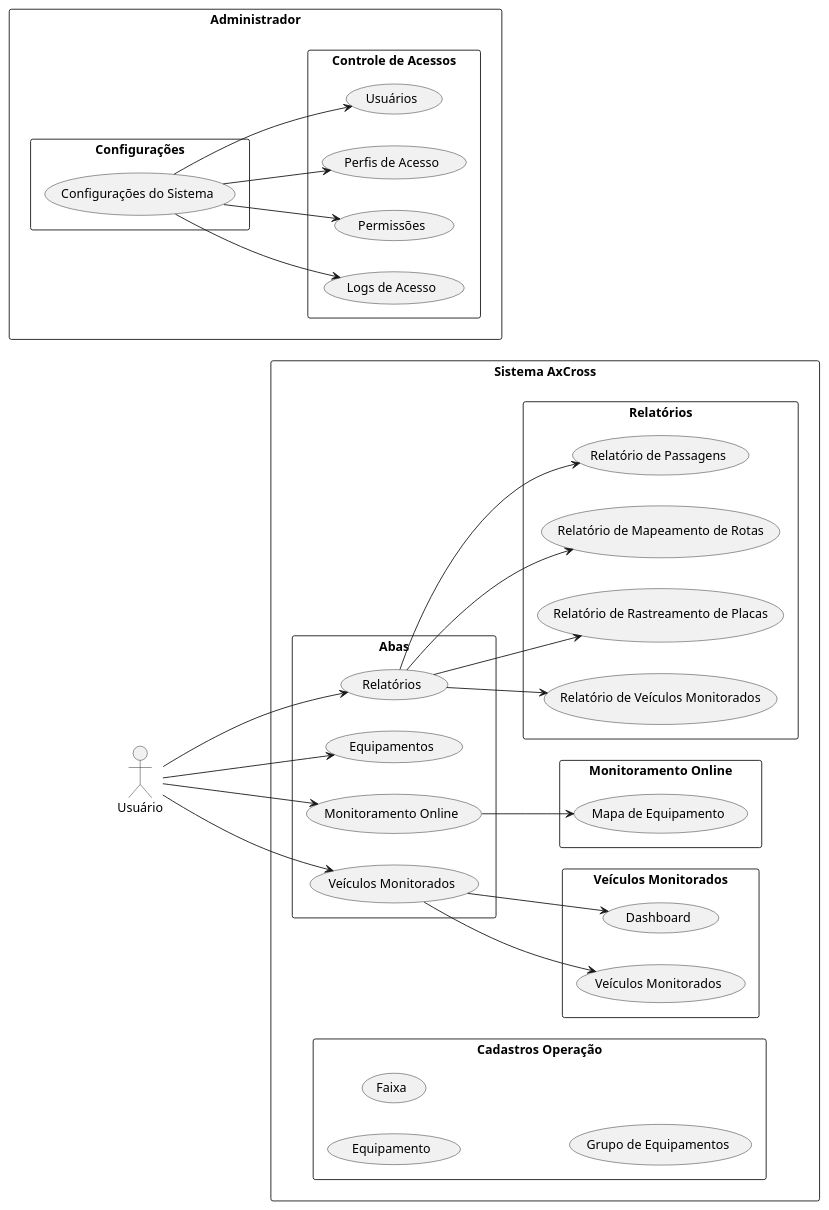
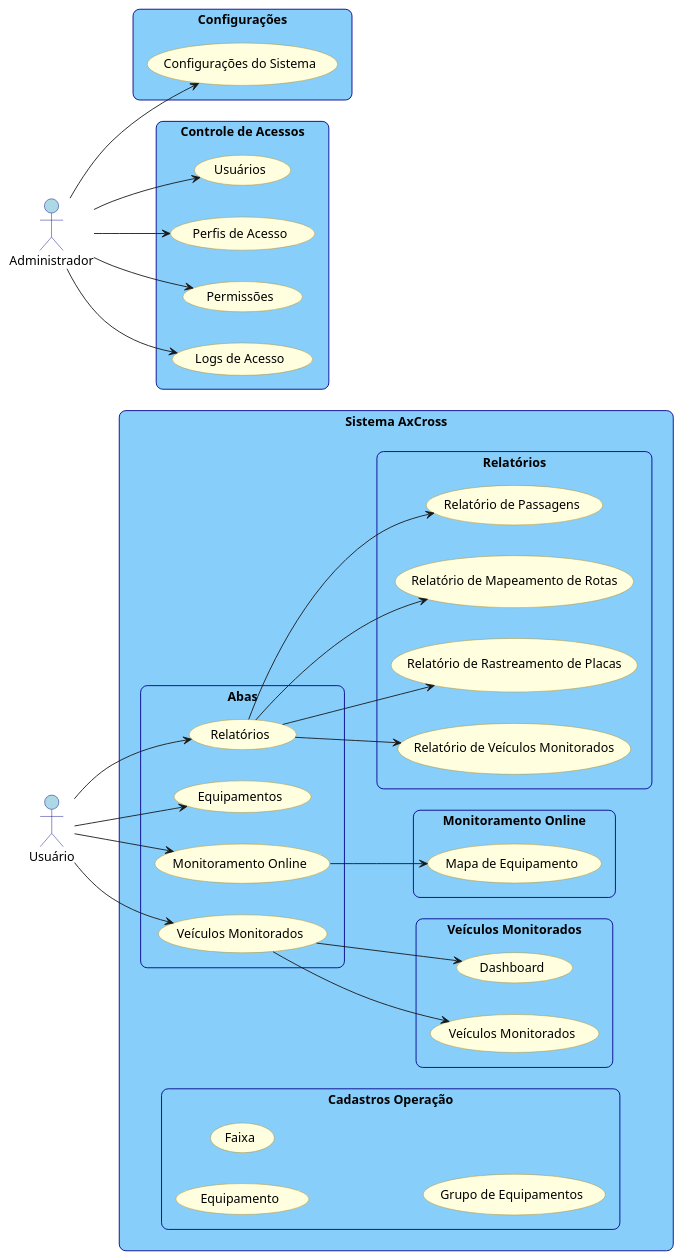
Before and after one commit to Axion-Tecnologia/Documentacao_Atualizada: the diagram in Writerside/topics/Diagrama-de-caso-de-uso.md, drawn with PlantUML. The commit also changed other lines of this file and 7 other files, not shown here.

```diff
--- a/Writerside/topics/Diagrama-de-caso-de-uso.md
+++ b/Writerside/topics/Diagrama-de-caso-de-uso.md
@@ -3,61 +3,77 @@
 @startuml
-
+skinparam rectangle {
+    BackgroundColor LightSkyBlue
+    BorderColor DarkBlue
+    RoundCorner 15
+}
+skinparam actor {
+    BackgroundColor LightBlue
+    BorderColor DarkBlue
+}
+skinparam usecase {
+    BackgroundColor LightYellow
+    BorderColor DarkGoldenRod
+    RoundCorner 15
+}
 left to right direction
 
 actor Administrador as Admin
 actor Usuário as User
 
 rectangle "Sistema AxCross" {
 rectangle "Abas" {
 usecase "Veículos Monitorados" as Veiculos_Monitorados
 usecase "Equipamentos" as Equipamentos
 usecase "Monitoramento Online" as Monitoramento_Online
 usecase "Relatórios" as Relatorios
 }
-    rectangle "Cadastros Operação" {
-        usecase "Equipamento" as Cadastro_Equipamento
-        usecase "Faixa" as Cadastro_Faixa
-        usecase "Grupo de Equipamentos" as Cadastro_Grupo
-    }
-    rectangle "Veículos Monitorados" {
-        usecase "Dashboard" as Dashboard_VM
-        usecase "Veículos Monitorados" as Veiculos_Monitorados_VM
-    }
-    rectangle "Monitoramento Online" {
-        usecase "Mapa de Equipamento" as Mapa_Equipamento
-    }
-    rectangle "Relatórios" {
-        usecase "Relatório de Passagens" as Relatorio_Passagens
-        usecase "Relatório de Mapeamento de Rotas" as Relatorio_Rotas
-        usecase "Relatório de Rastreamento de Placas" as Relatorio_Placas
-        usecase "Relatório de Veículos Monitorados" as Relatorio_Veiculos
-    }
-    User --> Veiculos_Monitorados
-    User --> Equipamentos
-    User --> Monitoramento_Online
-    User --> Relatorios
-    Veiculos_Monitorados --> Dashboard_VM
-    Veiculos_Monitorados --> Veiculos_Monitorados_VM
-    Monitoramento_Online --> Mapa_Equipamento
-    Relatorios --> Relatorio_Passagens
-    Relatorios --> Relatorio_Rotas
-    Relatorios --> Relatorio_Placas
-    Relatorios --> Relatorio_Veiculos
-    rectangle "Admin" {
-        rectangle "Configurações" {
-            usecase "Configurações do Sistema" as Configuracoes_Sistema
-        }
-        rectangle "Controle de Acessos" {
-            usecase "Usuários" as Usuarios
-            usecase "Perfis de Acesso" as Perfis_Acesso
-            usecase "Permissões" as Permissoes
-            usecase "Logs de Acesso" as Logs_Acesso
-        }
-        Configuracoes_Sistema --> Usuarios
-        Configuracoes_Sistema --> Perfis_Acesso
-        Configuracoes_Sistema --> Permissoes
-        Configuracoes_Sistema --> Logs_Acesso
-    }
+rectangle "Cadastros Operação" {
+usecase "Equipamento" as Cadastro_Equipamento
+usecase "Faixa" as Cadastro_Faixa
+usecase "Grupo de Equipamentos" as Cadastro_Grupo
+}
+rectangle "Veículos Monitorados" {
+usecase "Dashboard" as Dashboard_VM
+usecase "Veículos Monitorados" as Veiculos_Monitorados_VM
+}
+rectangle "Monitoramento Online" {
+usecase "Mapa de Equipamento" as Mapa_Equipamento
+}
+rectangle "Relatórios" {
+usecase "Relatório de Passagens" as Relatorio_Passagens
+usecase "Relatório de Mapeamento de Rotas" as Relatorio_Rotas
+usecase "Relatório de Rastreamento de Placas" as Relatorio_Placas
+usecase "Relatório de Veículos Monitorados" as Relatorio_Veiculos
+}
+
+User --> Veiculos_Monitorados
+User --> Equipamentos
+User --> Monitoramento_Online
+User --> Relatorios
+Veiculos_Monitorados --> Dashboard_VM
+Veiculos_Monitorados --> Veiculos_Monitorados_VM
+Monitoramento_Online --> Mapa_Equipamento
+Relatorios --> Relatorio_Passagens
+Relatorios --> Relatorio_Rotas
+Relatorios --> Relatorio_Placas
+Relatorios --> Relatorio_Veiculos
+}
+
+
+rectangle "Configurações" {
+usecase "Configurações do Sistema" as Configuracoes_Sistema
+}
+rectangle "Controle de Acessos" {
+usecase "Usuários" as Usuarios
+usecase "Perfis de Acesso" as Perfis_Acesso
+usecase "Permissões" as Permissoes
+usecase "Logs de Acesso" as Logs_Acesso
+}
+Admin --> Configuracoes_Sistema
+Admin --> Usuarios
+Admin --> Perfis_Acesso
+Admin --> Permissoes
+Admin --> Logs_Acesso
 }
 
 @enduml
```
